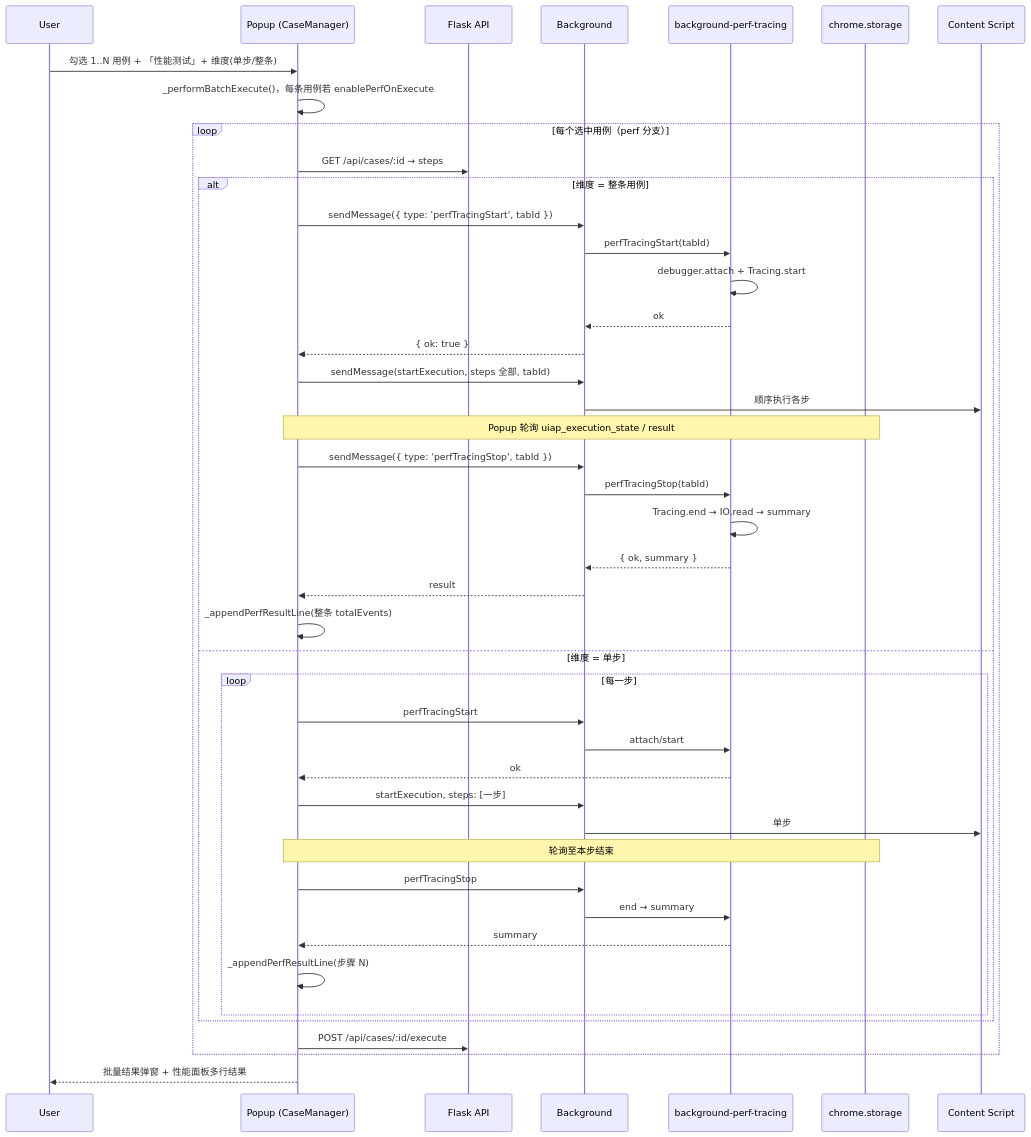
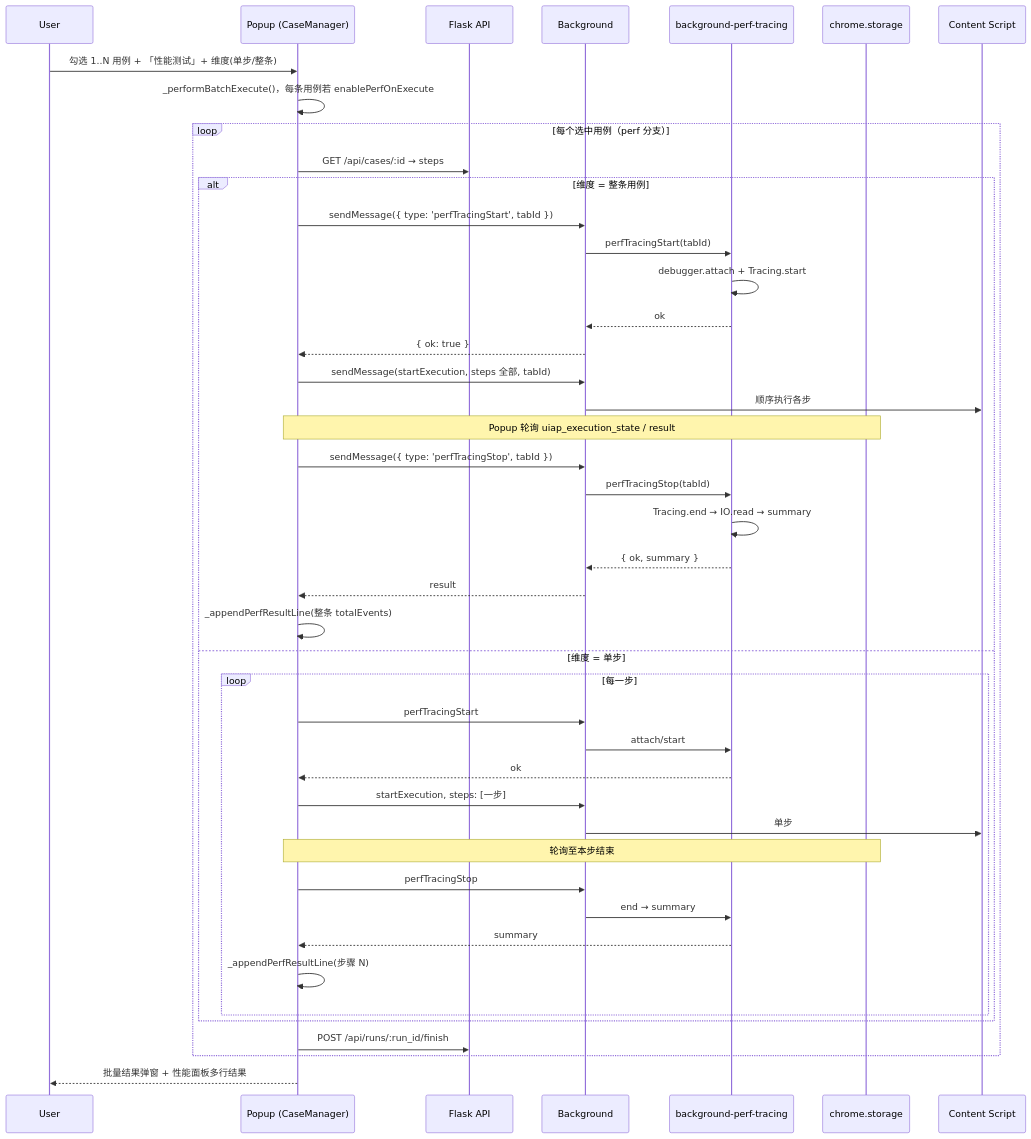
The third of 6 diagrams in docs/runtime-sequence.md (Jasonlya/UIProof), drawn with Mermaid before and after one commit. The commit also changed other lines of this file and 54 other files, not shown here.

First line of the commit message:
Complete run lifecycle and architecture cleanup

````diff
--- a/docs/runtime-sequence.md
+++ b/docs/runtime-sequence.md
@@ -219,53 +221,53 @@
 ```mermaid
 sequenceDiagram
     participant User
     participant Popup as Popup (CaseManager)
     participant Flask as Flask API
     participant BG as Background
     participant Tracer as background-perf-tracing
     participant Storage as chrome.storage
     participant Content as Content Script
 
     User->>Popup: 勾选 1..N 用例 + 「性能测试」+ 维度(单步/整条)
     Popup->>Popup: _performBatchExecute()，每条用例若 enablePerfOnExecute
 
     loop 每个选中用例（perf 分支）
         Popup->>Flask: GET /api/cases/:id → steps
 
         alt 维度 = 整条用例
             Popup->>BG: sendMessage({ type: 'perfTracingStart', tabId })
             BG->>Tracer: perfTracingStart(tabId)
             Tracer->>Tracer: debugger.attach + Tracing.start
             Tracer-->>BG: ok
             BG-->>Popup: { ok: true }
 
             Popup->>BG: sendMessage(startExecution, steps 全部, tabId)
             BG->>Content: 顺序执行各步
             Note over Popup,Storage: Popup 轮询 uiap_execution_state / result
 
             Popup->>BG: sendMessage({ type: 'perfTracingStop', tabId })
             BG->>Tracer: perfTracingStop(tabId)
             Tracer->>Tracer: Tracing.end → IO.read → summary
             Tracer-->>BG: { ok, summary }
             BG-->>Popup: result
             Popup->>Popup: _appendPerfResultLine(整条 totalEvents)
         else 维度 = 单步
             loop 每一步
                 Popup->>BG: perfTracingStart
                 BG->>Tracer: attach/start
                 Tracer-->>Popup: ok
                 Popup->>BG: startExecution, steps: [一步]
                 BG->>Content: 单步
                 Note over Popup,Storage: 轮询至本步结束
                 Popup->>BG: perfTracingStop
                 BG->>Tracer: end → summary
                 Tracer-->>Popup: summary
                 Popup->>Popup: _appendPerfResultLine(步骤 N)
             end
         end
 
-        Popup->>Flask: POST /api/cases/:id/execute
+        Popup->>Flask: POST /api/runs/:run_id/finish
     end
 
     Popup-->>User: 批量结果弹窗 + 性能面板多行结果
 ```
````
